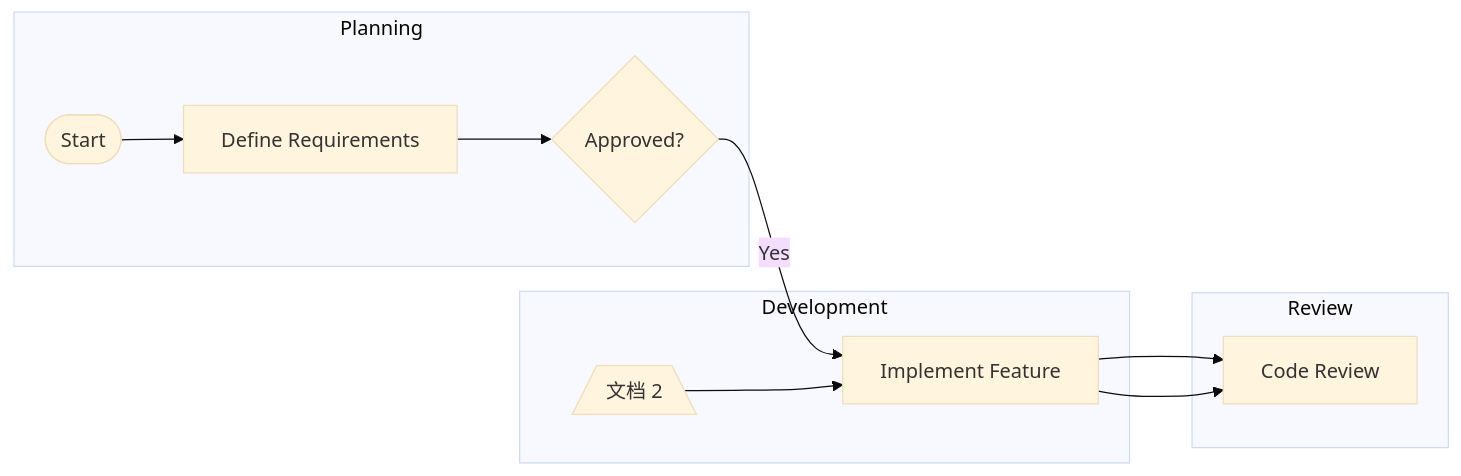
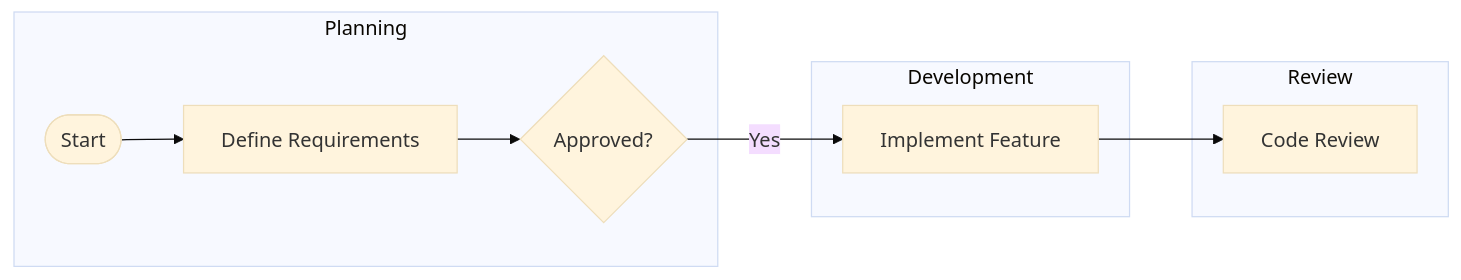
One commit to pingpm/mermaid_vault changed the diagram in mmd/111_235c82b7-849c-49ce-8457-33ac9ae1c047.mmd. Above: the diagram before and after it, drawn with Mermaid (base theme). The commit also changed 4 other files, not shown here.

Commit message:
Sync Mermaid Studio data (14 diagrams)

```diff
--- a/mmd/111_235c82b7-849c-49ce-8457-33ac9ae1c047.mmd
+++ b/mmd/111_235c82b7-849c-49ce-8457-33ac9ae1c047.mmd
@@ -1,19 +1,16 @@
 flowchart LR
   subgraph lane_lane_1["Planning"]
     t_task_3{"Approved?"}
+    t_task_1(["Start"])
     t_task_2["Define Requirements"]
-    t_task_1(["Start"])
   end
   subgraph lane_lane_2["Development"]
-    t_bcb52ef5_1ab2_466e_a13e_b9249e2c2349[/"文档 2"\]
     t_task_4["Implement Feature"]
   end
   subgraph lane_lane_3["Review"]
     t_task_5["Code Review"]
   end
   t_task_1 --> t_task_2
   t_task_2 --> t_task_3
   t_task_3 -->|"Yes"| t_task_4
-  t_bcb52ef5_1ab2_466e_a13e_b9249e2c2349 --> t_task_4
   t_task_4 --> t_task_5
-  t_task_4 --> t_task_5
```
